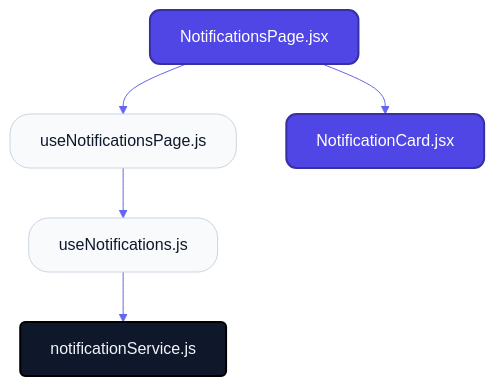
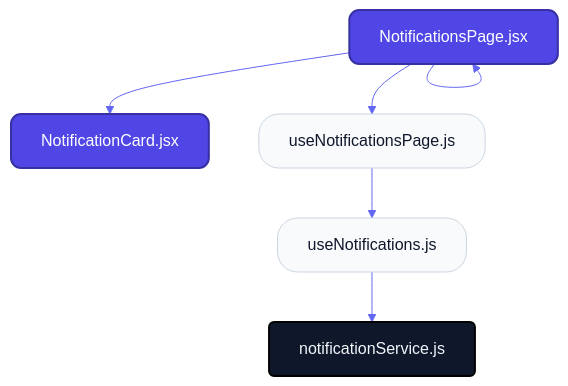
Before and after one commit to nexowebai/nexo-superadmin: the first of 2 diagrams in src/features/notifications/README.md, drawn with Mermaid. The commit also changed other lines of this file and 18 other files, not shown here.

````diff
--- a/src/features/notifications/README.md
+++ b/src/features/notifications/README.md
@@ -12,17 +11,18 @@
 ```mermaid
 %%{init: {'theme': 'neutral', 'themeVariables': { 'fontFamily': 'Inter', 'lineColor': '#6366f1' }}}%%
 graph TD
     classDef page fill:#4f46e5,stroke:#3730a3,stroke-width:2px,color:#fff,rx:10,ry:10;
     classDef hook fill:#f8fafc,stroke:#cbd5e1,stroke-width:1px,color:#0f172a,rx:20,ry:20;
     classDef service fill:#0f172a,stroke:#000,stroke-width:2px,color:#f1f5f9,rx:5,ry:5;
 
+    NotificationCardjsx["NotificationCard.jsx"]:::page
     NotificationsPagejsx["NotificationsPage.jsx"]:::page
+    useNotificationsPagejs["useNotificationsPage.js"]:::hook
     useNotificationsjs["useNotifications.js"]:::hook
-    useNotificationsPagejs["useNotificationsPage.js"]:::hook
     notificationServicejs["notificationService.js"]:::service
-    NotificationCardjsx["NotificationCard.jsx"]:::page
     NotificationsPagejsx --> useNotificationsPagejs
     NotificationsPagejsx --> NotificationCardjsx
+    NotificationsPagejsx --> NotificationsPagejsx
+    useNotificationsPagejs --> useNotificationsjs
     useNotificationsjs --> notificationServicejs
-    useNotificationsPagejs --> useNotificationsjs
 ```
````
